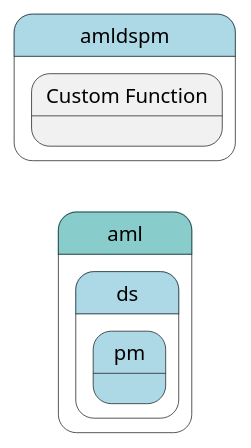
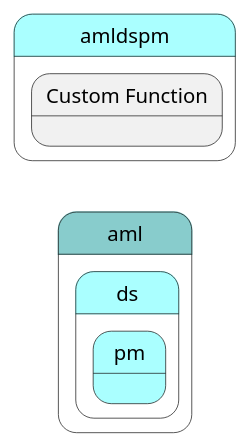
One commit to madajaju/edgemere changed the diagram in docs/edgemere/aml/ds/pm/process.puml. Above: the diagram before and after it, drawn with PlantUML. The commit also changed 909 other files, not shown here.

```diff
--- a/docs/edgemere/aml/ds/pm/process.puml
+++ b/docs/edgemere/aml/ds/pm/process.puml
@@ -1,22 +1,22 @@
 @startuml
 left to right direction
 
 
 state "aml" as aml #88cccc {
-state "ds" as amlds #lightblue {
-state "pm" as amldspm #lightblue {
+state "ds" as amlds #aaffff {
+state "pm" as amldspm #aaffff {
 }
 }
 }
 
 
-state "amldspm" as pstatename #lightblue {
+state "amldspm" as pstatename #aaffff {
     state "Custom Function" as pmfunction {
     }
 }
 
 
 
 
 
 @enduml
```
